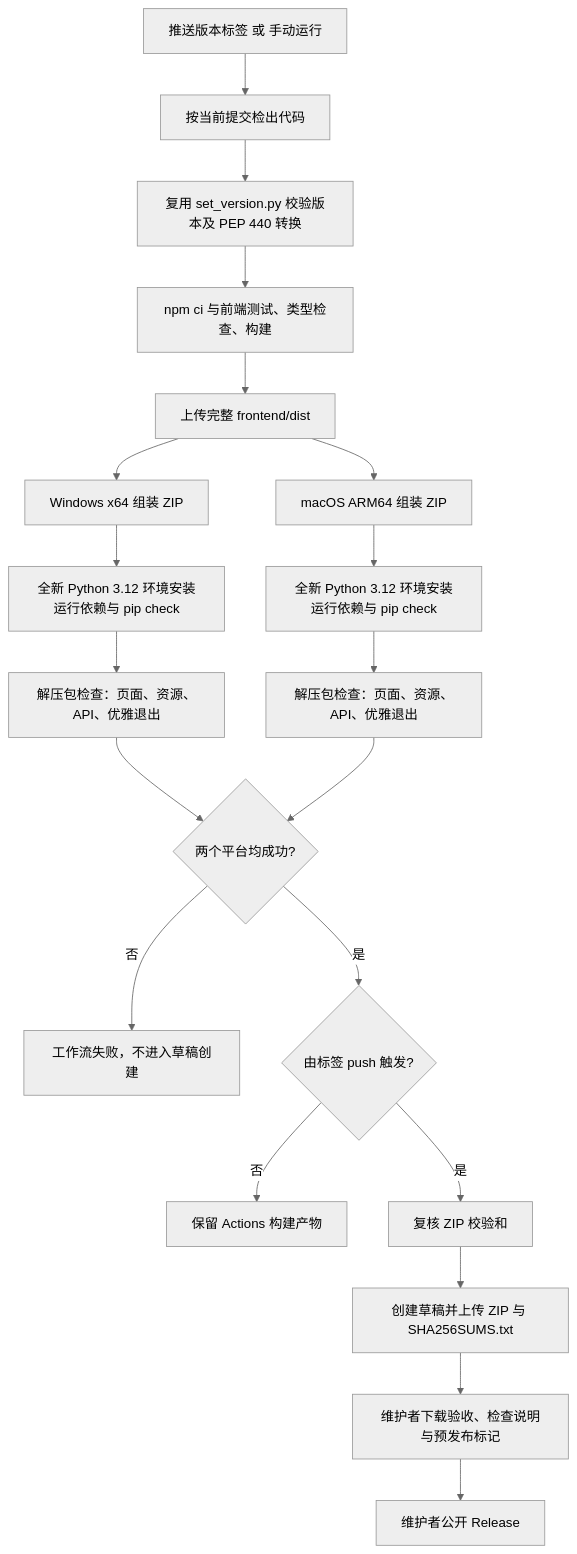
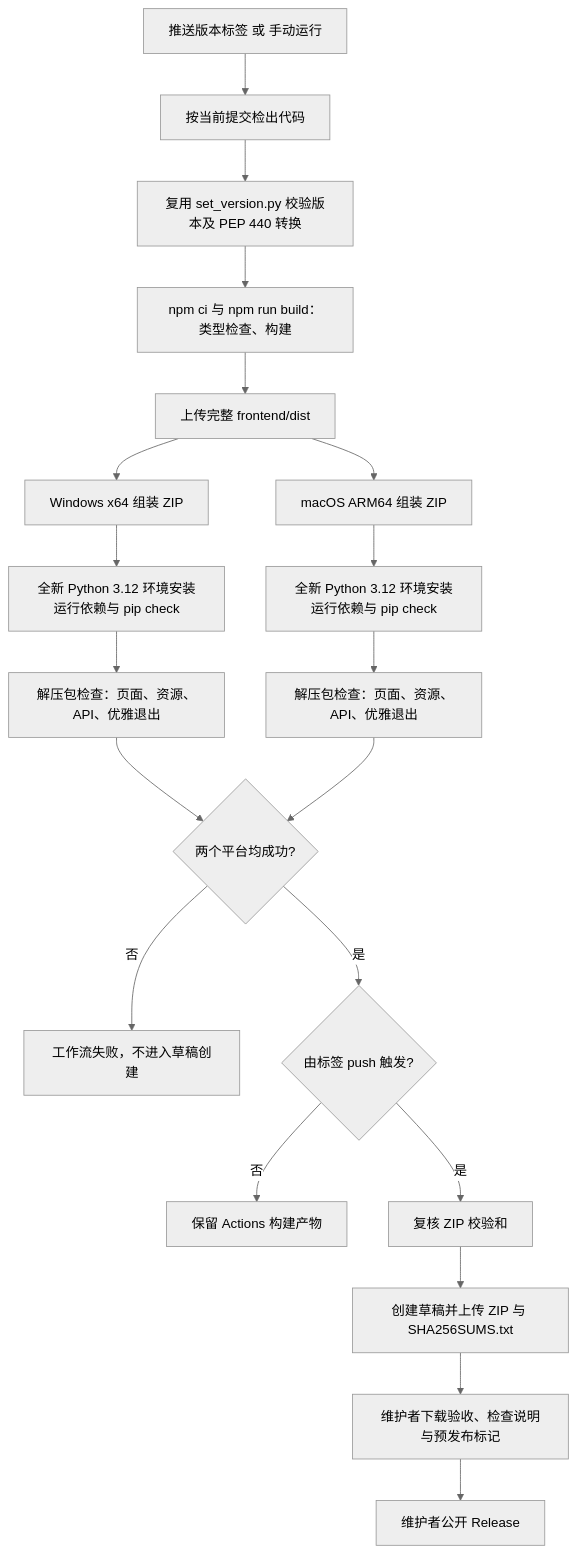
The diagram in docs/RELEASING.md (runoobjerry/Rename_Studio), drawn with Mermaid (neutral theme) before and after one commit. The commit also changed other lines of this file and 4 other files, not shown here.

````diff
--- a/docs/RELEASING.md
+++ b/docs/RELEASING.md
@@ -13,22 +13,22 @@
 ```mermaid
 flowchart TD
     A[推送版本标签 或 手动运行] --> B[按当前提交检出代码]
     B --> C[复用 set_version.py 校验版本及 PEP 440 转换]
-    C --> D[npm ci 与前端测试、类型检查、构建]
+    C --> D[npm ci 与 npm run build：类型检查、构建]
     D --> E[上传完整 frontend/dist]
     E --> W[Windows x64 组装 ZIP]
     E --> M[macOS ARM64 组装 ZIP]
     W --> WC[全新 Python 3.12 环境安装运行依赖与 pip check]
     M --> MC[全新 Python 3.12 环境安装运行依赖与 pip check]
     WC --> WS[解压包检查：页面、资源、API、优雅退出]
     MC --> MS[解压包检查：页面、资源、API、优雅退出]
     WS --> G{两个平台均成功?}
     MS --> G
     G -->|否| F[工作流失败，不进入草稿创建]
     G -->|是| H{由标签 push 触发?}
     H -->|否| I[保留 Actions 构建产物]
     H -->|是| J[复核 ZIP 校验和]
     J --> K[创建草稿并上传 ZIP 与 SHA256SUMS.txt]
     K --> L[维护者下载验收、检查说明与预发布标记]
     L --> N[维护者公开 Release]
 ```
````
